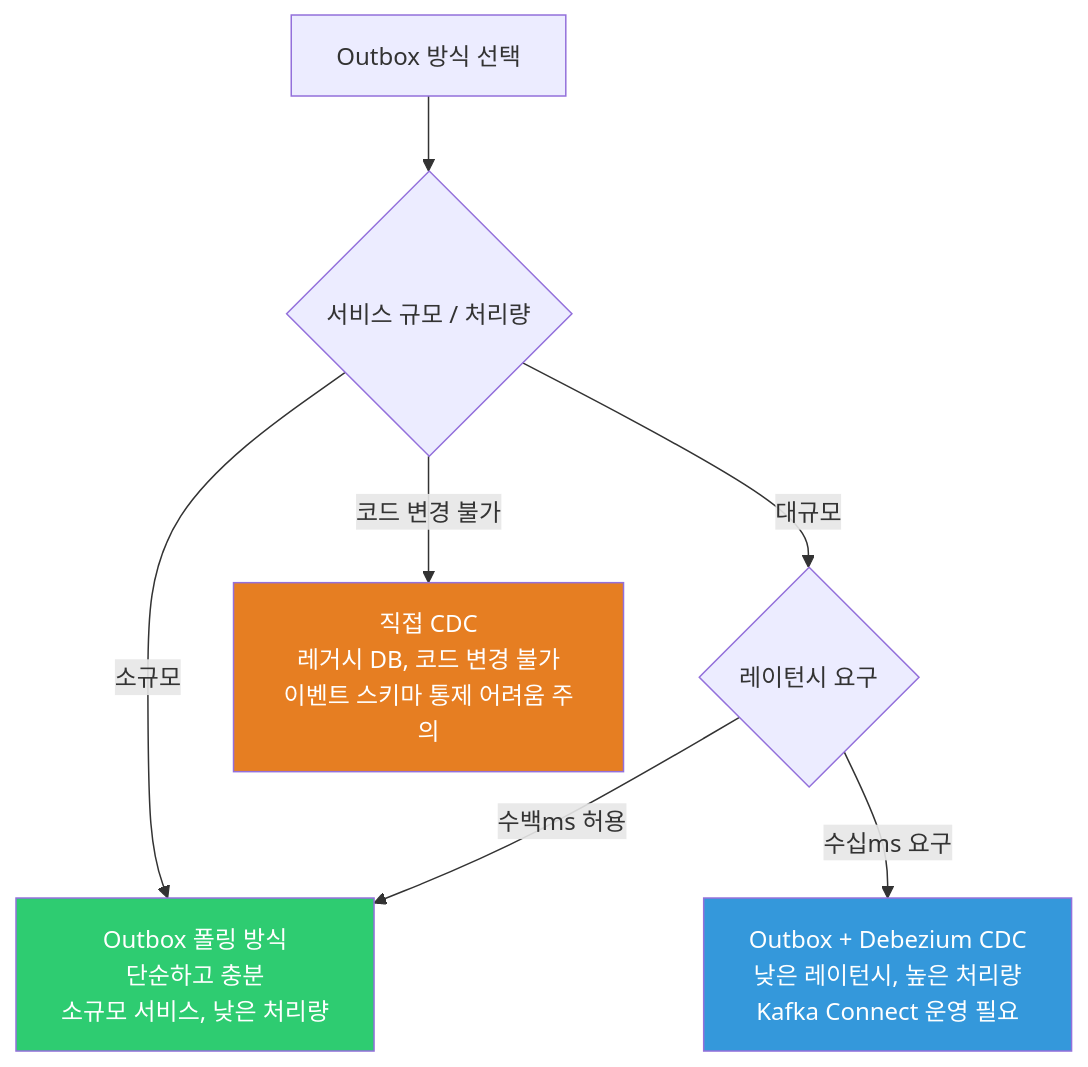
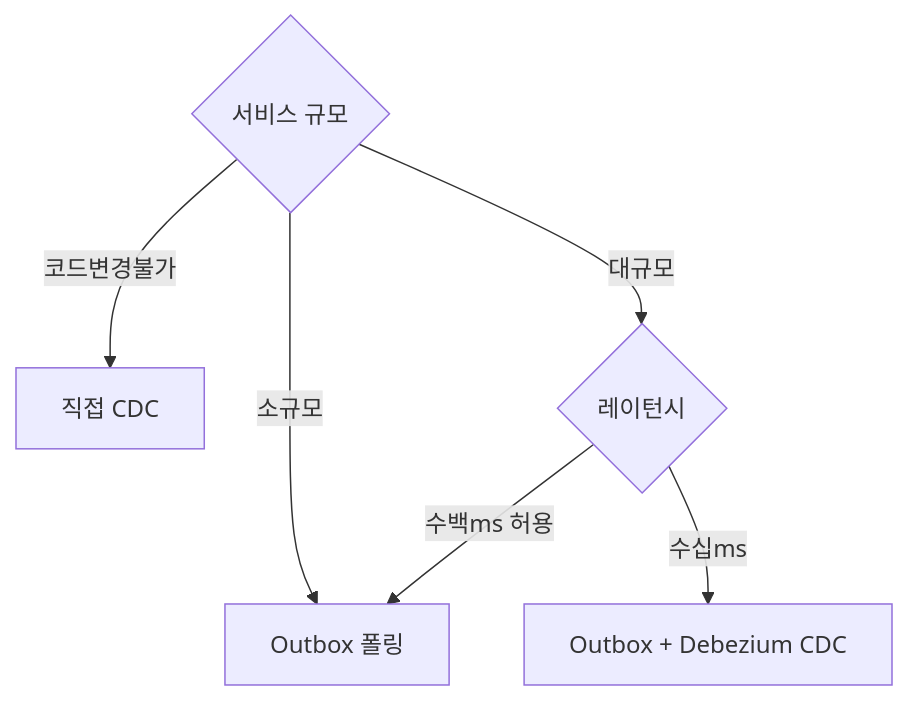
The fifth of 6 diagrams in _posts/kafka/2026-05-01-kafka-outbox-cdc.md (yjkim2015/yjkim2015.github.io), drawn with Mermaid before and after one commit. The commit also changed other lines of this file and 215 other files, not shown here.

First line of the commit message:
신규 포스트 10개 추가 + Mermaid 전면 축소 + SystemDesign 시리즈 보강

````diff
--- a/_posts/kafka/2026-05-01-kafka-outbox-cdc.md
+++ b/_posts/kafka/2026-05-01-kafka-outbox-cdc.md
@@ -311,21 +281,8 @@
 ```mermaid
 flowchart TD
-    START["Outbox 방식 선택"]
-    Q1{"서비스 규모 / 처리량"}
-    Q2{"레이턴시 요구"}
-
-    POLL["Outbox 폴링 방식\n단순하고 충분\n소규모 서비스, 낮은 처리량"]
-    CDC["Outbox + Debezium CDC\n낮은 레이턴시, 높은 처리량\nKafka Connect 운영 필요"]
-    LEGACY["직접 CDC\n레거시 DB, 코드 변경 불가\n이벤트 스키마 통제 어려움 주의"]
-
-    START --> Q1
-    Q1 -->|"소규모"| POLL
-    Q1 -->|"대규모"| Q2
-    Q2 -->|"수백ms 허용"| POLL
-    Q2 -->|"수십ms 요구"| CDC
-    Q1 -->|"코드 변경 불가"| LEGACY
-
-    style POLL fill:#2ecc71,color:#fff
-    style CDC fill:#3498db,color:#fff
-    style LEGACY fill:#e67e22,color:#fff
+    Q1{"서비스 규모"} -->|소규모| POLL["Outbox 폴링"]
+    Q1 -->|코드변경불가| LEGACY["직접 CDC"]
+    Q1 -->|대규모| Q2{"레이턴시"}
+    Q2 -->|수백ms 허용| POLL
+    Q2 -->|수십ms| CDC["Outbox + Debezium CDC"]
 ```
````
